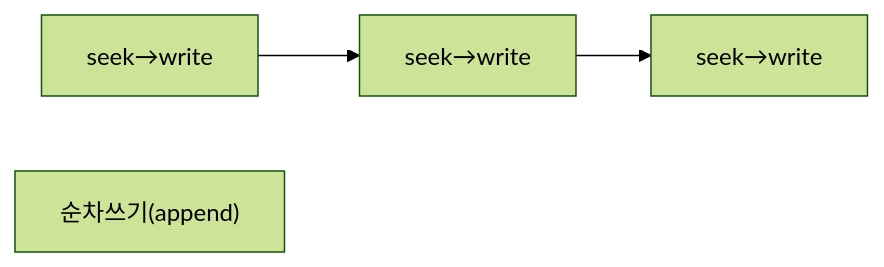
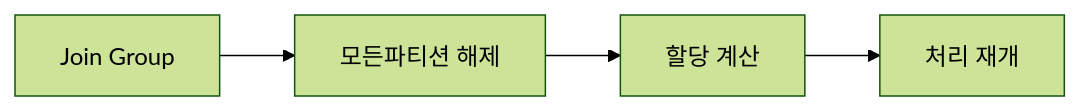
The fifth of 11 diagrams in _posts/kafka/2026-05-01-kafka-fundamentals.md (yjkim2015/yjkim2015.github.io), drawn with Mermaid (forest theme) before and after one commit. The commit also changed other lines of this file and 5 other files, not shown here.

````diff
--- a/_posts/kafka/2026-05-01-kafka-fundamentals.md
+++ b/_posts/kafka/2026-05-01-kafka-fundamentals.md
@@ -364,5 +448,6 @@
 ```mermaid
 graph LR
-    RW1["seek→write"] --> RW2["seek→write"] --> RW3["seek→write"]
-    SW["순차쓰기(append)"]
+    JOIN["Join Group"] --> STOP["모든파티션 해제"]
+    STOP --> CALC["할당 계산"]
+    CALC --> RESUME["처리 재개"]
 ```
````
